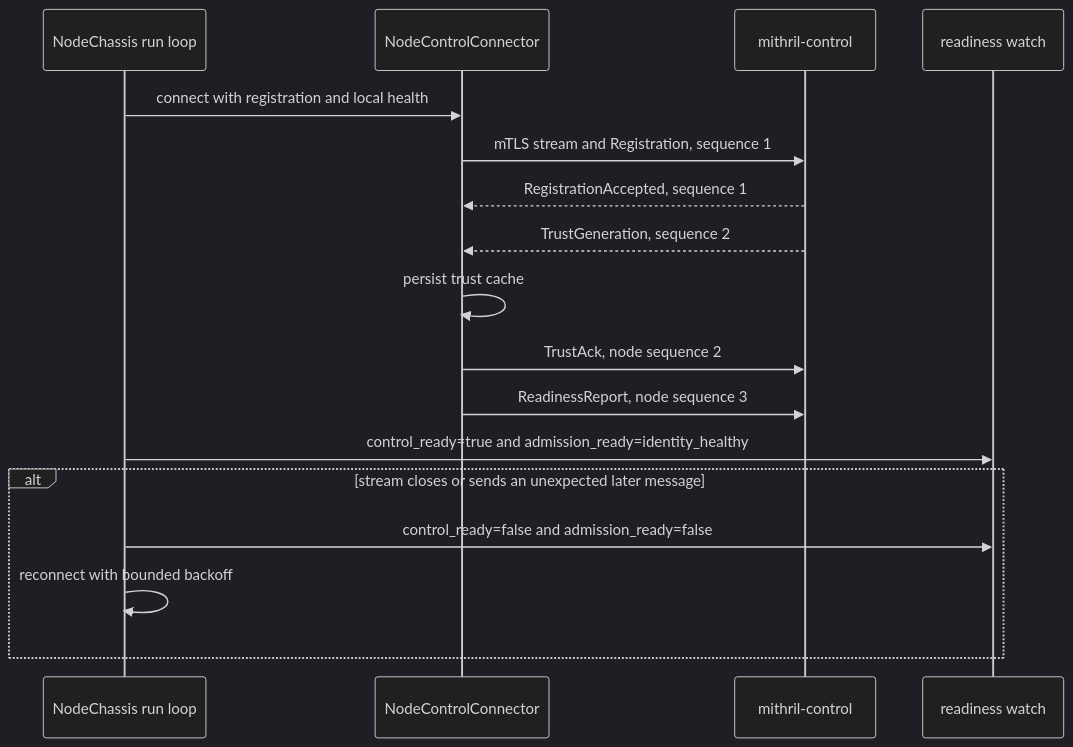
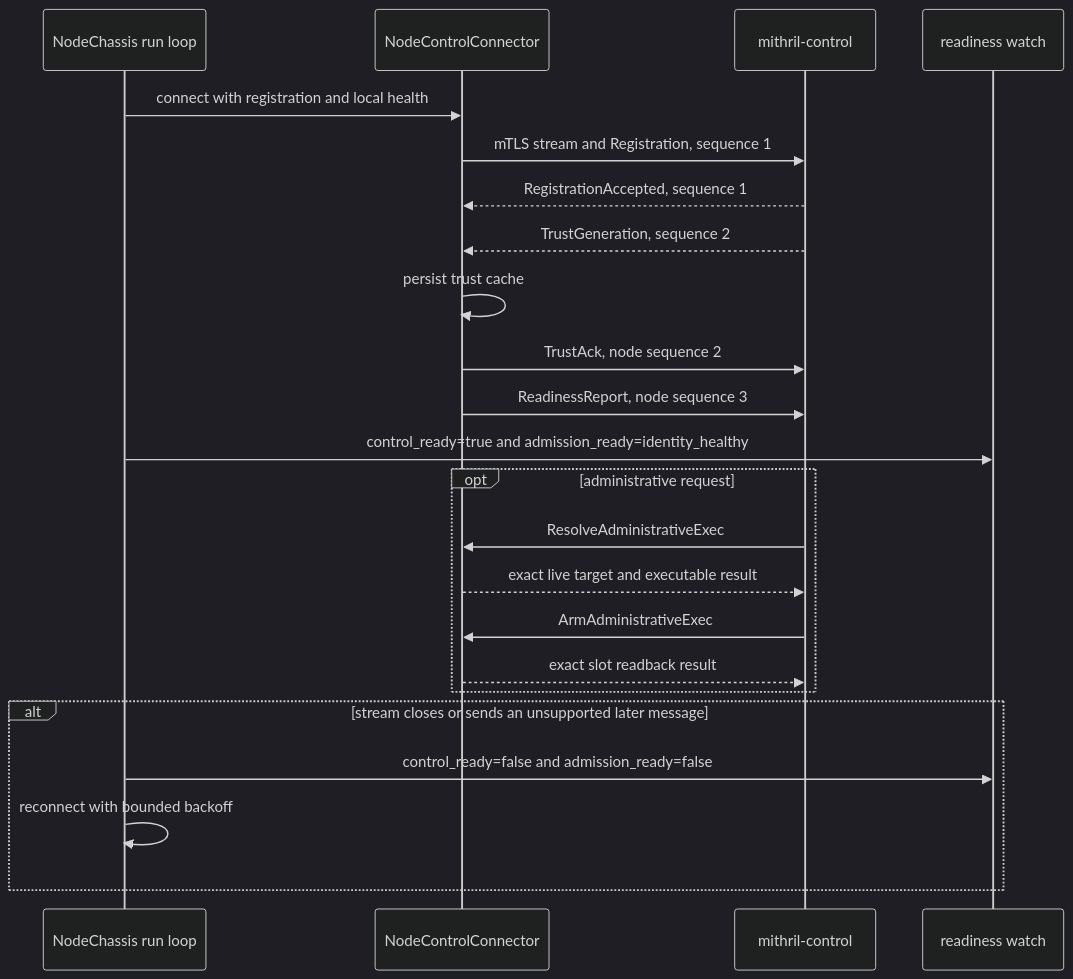
One commit to Ereborlabs/erebor-runtime changed the fifth of 20 diagrams in docs/plans/mithril-hugging-face-intrusion-prevention/implemented-phase-review.md. Above: the diagram before and after it, drawn with Mermaid (dark theme). The commit also changed other lines of this file and 67 other files, not shown here.

````diff
--- a/docs/plans/mithril-hugging-face-intrusion-prevention/implemented-phase-review.md
+++ b/docs/plans/mithril-hugging-face-intrusion-prevention/implemented-phase-review.md
@@ -329,20 +337,26 @@
 ```mermaid
 sequenceDiagram
     participant Node as NodeChassis run loop
     participant Connector as NodeControlConnector
     participant Control as mithril-control
     participant Ready as readiness watch
 
     Node->>Connector: connect with registration and local health
     Connector->>Control: mTLS stream and Registration, sequence 1
     Control-->>Connector: RegistrationAccepted, sequence 1
     Control-->>Connector: TrustGeneration, sequence 2
     Connector->>Connector: persist trust cache
     Connector->>Control: TrustAck, node sequence 2
     Connector->>Control: ReadinessReport, node sequence 3
     Node->>Ready: control_ready=true and admission_ready=identity_healthy
-    alt stream closes or sends an unexpected later message
+    opt administrative request
+        Control->>Connector: ResolveAdministrativeExec
+        Connector-->>Control: exact live target and executable result
+        Control->>Connector: ArmAdministrativeExec
+        Connector-->>Control: exact slot readback result
+    end
+    alt stream closes or sends an unsupported later message
         Node->>Ready: control_ready=false and admission_ready=false
         Node->>Node: reconnect with bounded backoff
     end
 ```
````
